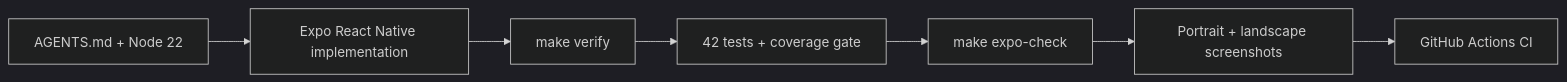
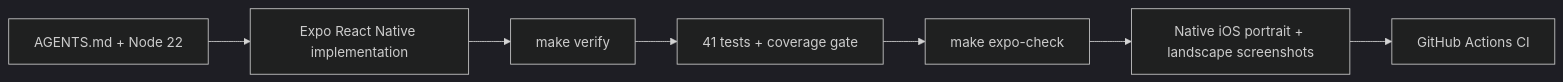
The second of 2 diagrams in README.md (jnrahme/GameTimeTest), drawn with Mermaid (dark theme) before and after one commit. The commit also changed other lines of this file and 25 other files, not shown here.

Commit message:
Document current mobile architecture

````diff
--- a/README.md
+++ b/README.md
@@ -121,9 +145,9 @@
 ```mermaid
 flowchart LR
   Rules[AGENTS.md + Node 22] --> Build[Expo React Native implementation]
   Build --> Verify[make verify]
-  Verify --> Coverage[42 tests + coverage gate]
+  Verify --> Coverage[41 tests + coverage gate]
   Coverage --> ExpoCheck[make expo-check]
-  ExpoCheck --> Screens[Portrait + landscape screenshots]
+  ExpoCheck --> Screens[Native iOS portrait + landscape screenshots]
   Screens --> CI[GitHub Actions CI]
 ```
````
